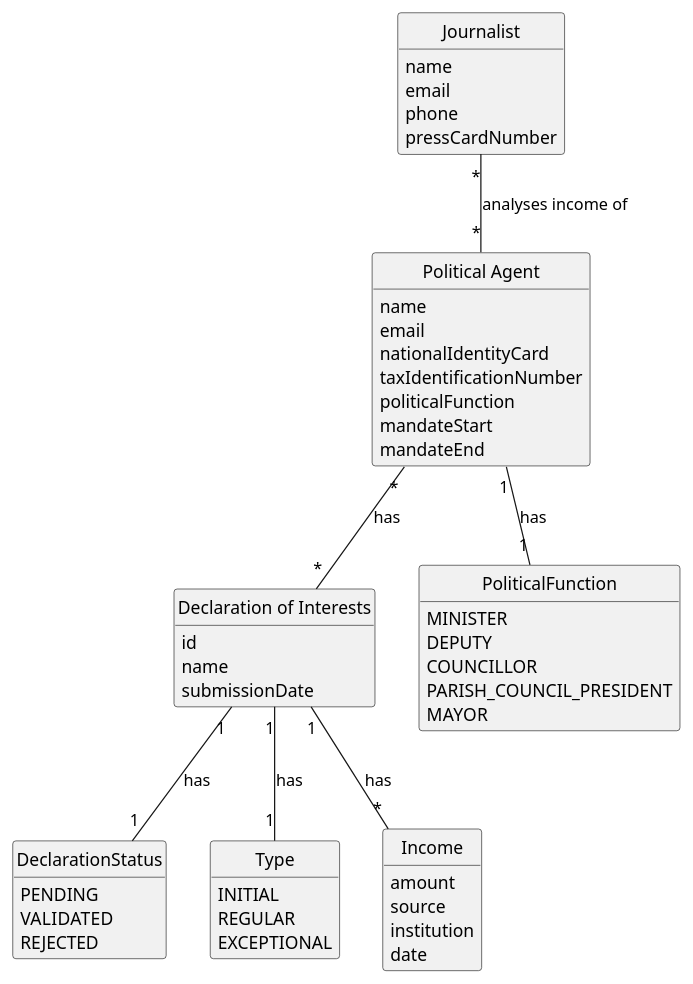
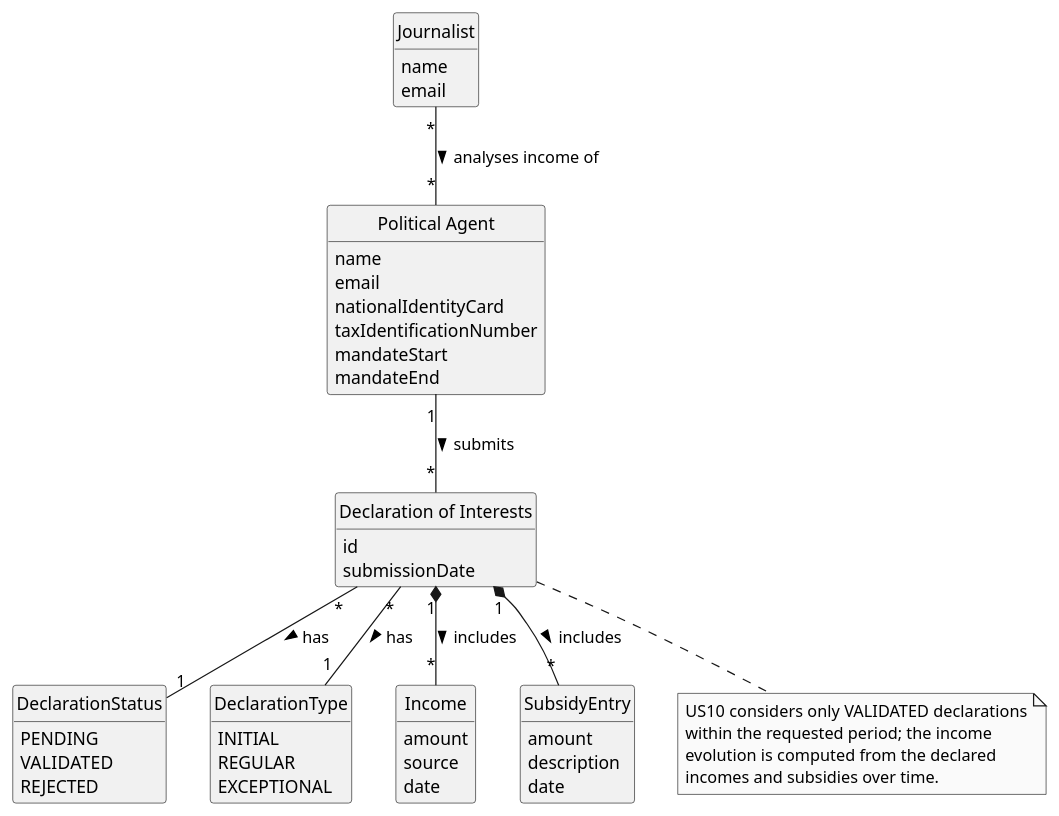
One commit to brunodspinto/crystal-clear-platform changed the diagram in docs/system-documentation/US10/02.analysis/puml/US10-DM.puml. Above: the diagram before and after it, drawn with PlantUML. The commit also changed 15 other files, not shown here.

Commit message:
Updated the US 09, 10 and 11 diagrams for clarity

```diff
--- a/docs/system-documentation/US10/02.analysis/puml/US10-DM.puml
+++ b/docs/system-documentation/US10/02.analysis/puml/US10-DM.puml
@@ -1,70 +1,70 @@
 @startuml US10-DM
 skinparam monochrome true
 skinparam packageStyle rectangle
 skinparam shadowing false
 skinparam classAttributeIconSize 0
 
 hide circle
 hide methods
 
 class Journalist {
     name
     email
-    phone
-    pressCardNumber
 }
 
 class "Political Agent" as PoliticalAgent {
     name
     email
     nationalIdentityCard
     taxIdentificationNumber
-    politicalFunction
     mandateStart
     mandateEnd
 }
 
 class "Declaration of Interests" as Declaration {
     id
-    name
     submissionDate
 }
 
 enum DeclarationStatus {
     PENDING
     VALIDATED
     REJECTED
 }
 
-enum Type {
+enum DeclarationType {
     INITIAL
     REGULAR
     EXCEPTIONAL
 }
 
-enum PoliticalFunction {
-    MINISTER
-    DEPUTY
-    COUNCILLOR
-    PARISH_COUNCIL_PRESIDENT
-    MAYOR
-}
-
 class Income {
     amount
     source
-    institution
     date
 }
 
-Journalist "*" -- "*" PoliticalAgent : analyses income of
+class SubsidyEntry {
+    amount
+    description
+    date
+}
 
-PoliticalAgent "*" -- "*" Declaration : has
+Journalist "*" -- "*" PoliticalAgent : analyses income of >
 
-PoliticalAgent "1" -- "1" PoliticalFunction : has
+PoliticalAgent "1" -- "*" Declaration : submits >
 
-Declaration "1" -- "1" Type : has
-Declaration "1" -- "1" DeclarationStatus : has
-Declaration "1" -- "*" Income : has
+Declaration "*" -- "1" DeclarationType : has >
+Declaration "*" -- "1" DeclarationStatus : has >
+
+Declaration "1" *-- "*" Income : includes >
+Declaration "1" *-- "*" SubsidyEntry : includes >
+
+note bottom of Declaration
+    US10 considers only VALIDATED declarations
+    within the requested period; the income
+    evolution is computed from the declared
+    incomes and subsidies over time.
+end note
 
 @enduml
```
